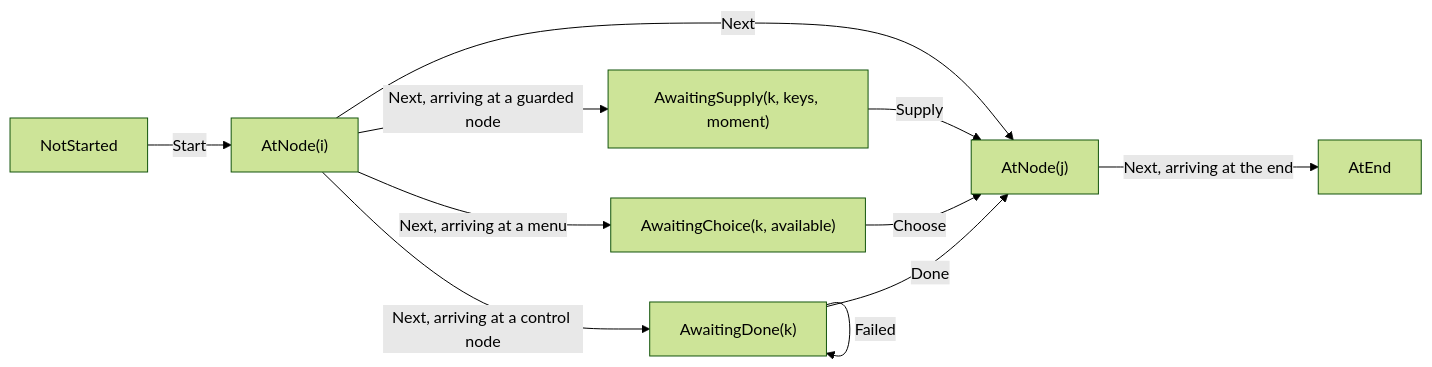
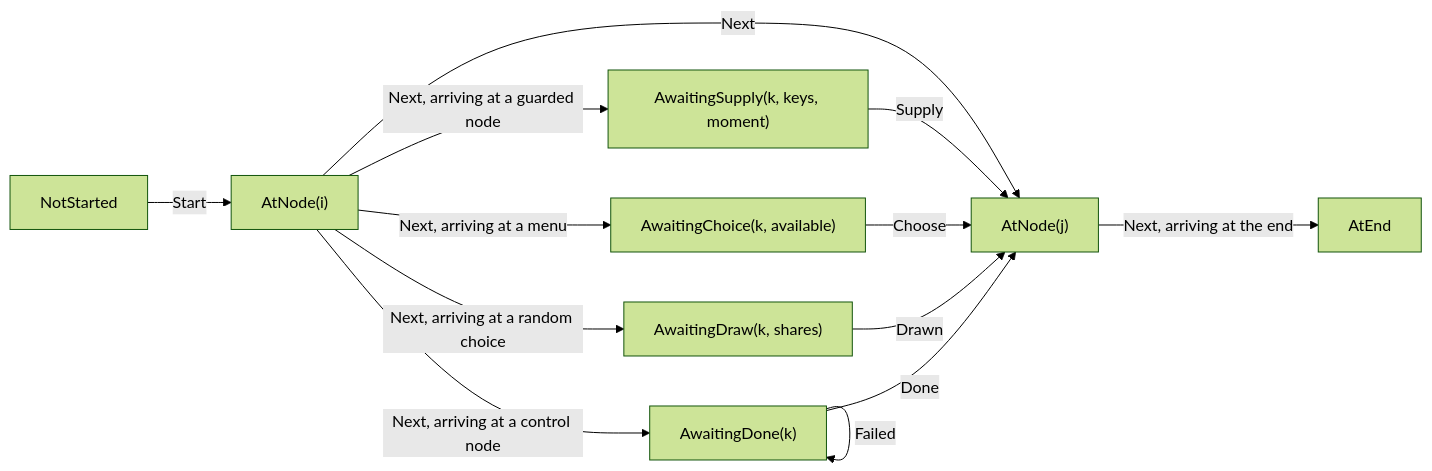
Before and after one commit to pengzhengyi/dialoguedown: the first of 2 diagrams in docs/contributing/design-notes/runtime/Runner.md, drawn with Mermaid (forest theme). The commit also changed other lines of this file and 120 other files, not shown here.

First line of the commit message:
feat(runtime): play a random choice of number and auto weights (#604)

````diff
--- a/docs/contributing/design-notes/runtime/Runner.md
+++ b/docs/contributing/design-notes/runtime/Runner.md
@@ -80,13 +86,15 @@
 ```mermaid
 flowchart LR
     NS["NotStarted"] -->|Start| AT["AtNode(i)"]
     AT -->|Next| AT2["AtNode(j)"]
     AT -->|"Next, arriving at a guarded node"| AS["AwaitingSupply(k, keys, moment)"]
     AT -->|"Next, arriving at a menu"| AC["AwaitingChoice(k, available)"]
+    AT -->|"Next, arriving at a random choice"| AW["AwaitingDraw(k, shares)"]
     AT -->|"Next, arriving at a control node"| AD["AwaitingDone(k)"]
     AS -->|Supply| AT2
     AC -->|Choose| AT2
+    AW -->|Drawn| AT2
     AD -->|Done| AT2
     AD -->|Failed| AD
     AT2 -->|"Next, arriving at the end"| END["AtEnd"]
 ```
````
